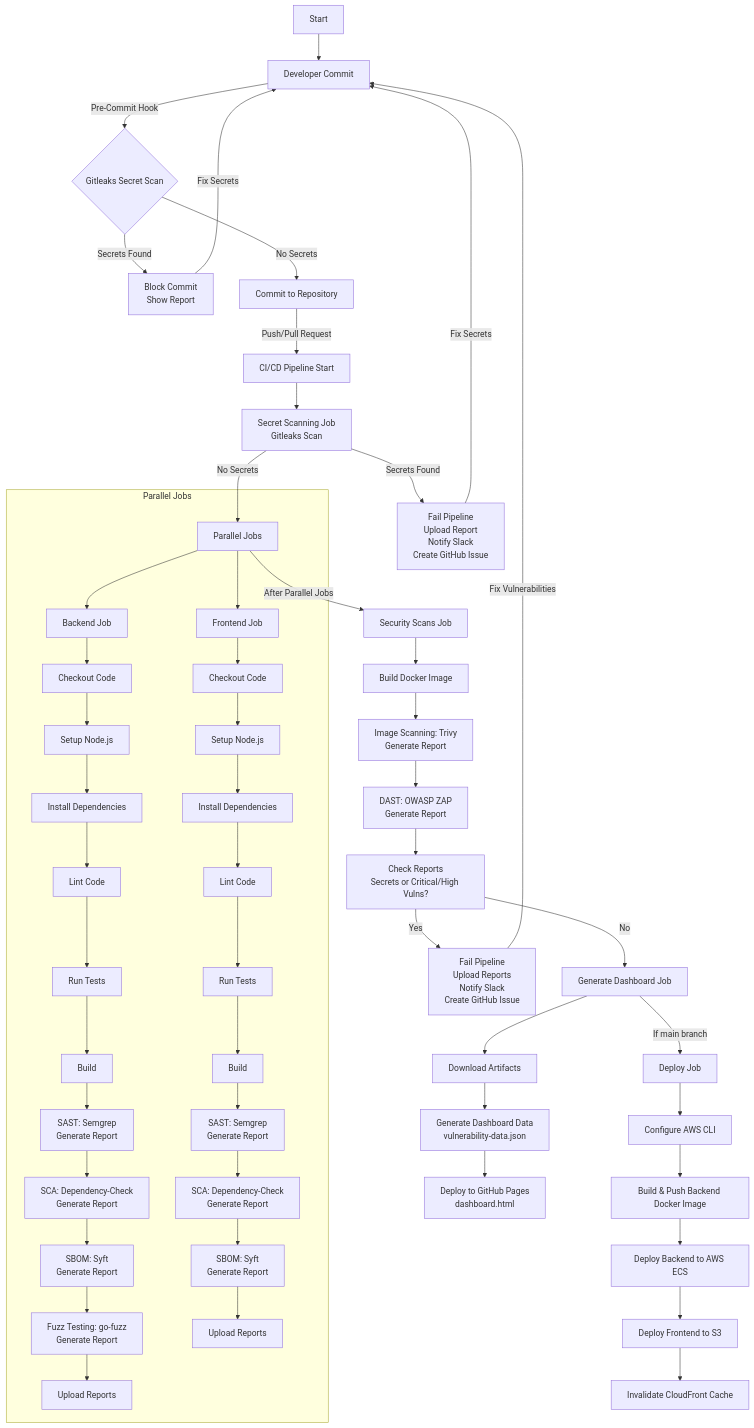
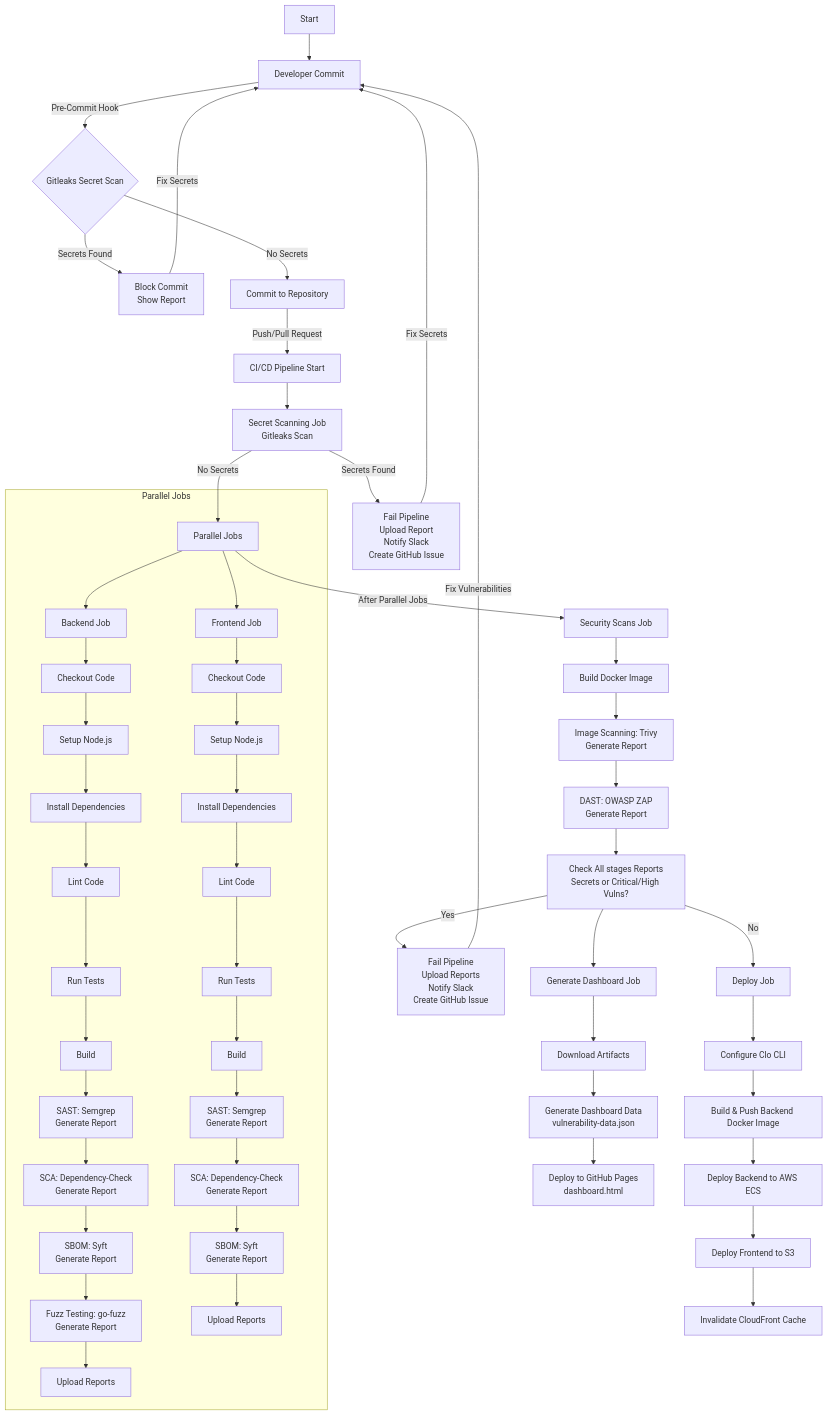
The diagram in docs/DevSec_Getting_Started.md (MilanSavani010/my-ci-cd-project), drawn with Mermaid before and after one commit. The commit also changed 7 other files, not shown here.

````diff
--- a/docs/DevSec_Getting_Started.md
+++ b/docs/DevSec_Getting_Started.md
@@ -1,64 +1,63 @@
 ```mermaid
 graph TD
     A0[Start] --> A
     A[Developer Commit] -->|Pre-Commit Hook| B{Gitleaks Secret Scan}
     B -->|Secrets Found| C[Block Commit<br>Show Report]
     B -->|No Secrets| D[Commit to Repository]
 
     D -->|Push/Pull Request| E[CI/CD Pipeline Start]
 
     E --> F[Secret Scanning Job<br>Gitleaks Scan]
     F -->|Secrets Found| G[Fail Pipeline<br>Upload Report<br>Notify Slack<br>Create GitHub Issue]
     F -->|No Secrets| H[Parallel Jobs]
 
     subgraph Parallel Jobs
         H --> I[Backend Job]
         H --> J[Frontend Job]
 
         I --> I1[Checkout Code]
         I1 --> I2[Setup Node.js]
         I2 --> I3[Install Dependencies]
         I3 --> I4[Lint Code]
         I4 --> I5[Run Tests]
         I5 --> I6[Build]
         I6 --> I7[SAST: Semgrep<br>Generate Report]
         I7 --> I8[SCA: Dependency-Check<br>Generate Report]
         I8 --> I9[SBOM: Syft<br>Generate Report]
         I9 --> I10[Fuzz Testing: go-fuzz<br>Generate Report]
         I10 --> I11[Upload Reports]
 
         J --> J1[Checkout Code]
         J1 --> J2[Setup Node.js]
         J2 --> J3[Install Dependencies]
         J3 --> J4[Lint Code]
         J4 --> J5[Run Tests]
         J5 --> J6[Build]
         J6 --> J7[SAST: Semgrep<br>Generate Report]
         J7 --> J8[SCA: Dependency-Check<br>Generate Report]
         J8 --> J9[SBOM: Syft<br>Generate Report]
         J9 --> J10[Upload Reports]
     end
 
     H -->|After Parallel Jobs| K[Security Scans Job]
     K --> K1[Build Docker Image]
     K1 --> K2[Image Scanning: Trivy<br>Generate Report]
     K2 --> K3[DAST: OWASP ZAP<br>Generate Report]
-    K3 --> K4[Check Reports<br>Secrets or Critical/High Vulns?]
-    K4 -->|Yes| L[Fail Pipeline<br>Upload Reports<br>Notify Slack<br>Create GitHub Issue]
-    K4 -->|No| M[Generate Dashboard Job]
-
+    K3 --> K4[Check All stages Reports<br>Secrets or Critical/High Vulns?]
+    K4 --> M[Generate Dashboard Job]
     M --> M1[Download Artifacts]
     M1 --> M2[Generate Dashboard Data<br>vulnerability-data.json]
     M2 --> M3[Deploy to GitHub Pages<br>dashboard.html]
 
-    M -->|If main branch| N[Deploy Job]
-    N --> N1[Configure AWS CLI]
+    K4 -->|Yes| L[Fail Pipeline<br>Upload Reports<br>Notify Slack<br>Create GitHub Issue]
+    K4 -->|No| N[Deploy Job]
+    N --> N1[Configure Clo CLI]
     N1 --> N2[Build & Push Backend Docker Image]
     N2 --> N3[Deploy Backend to AWS ECS]
     N3 --> N4[Deploy Frontend to S3]
     N4 --> N5[Invalidate CloudFront Cache]
 
     C -->|Fix Secrets| A
     G -->|Fix Secrets| A
     L -->|Fix Vulnerabilities| A
 ```
````
